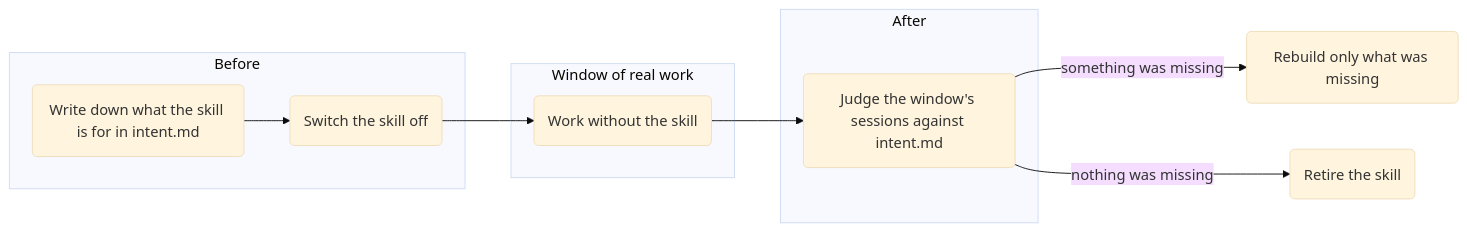
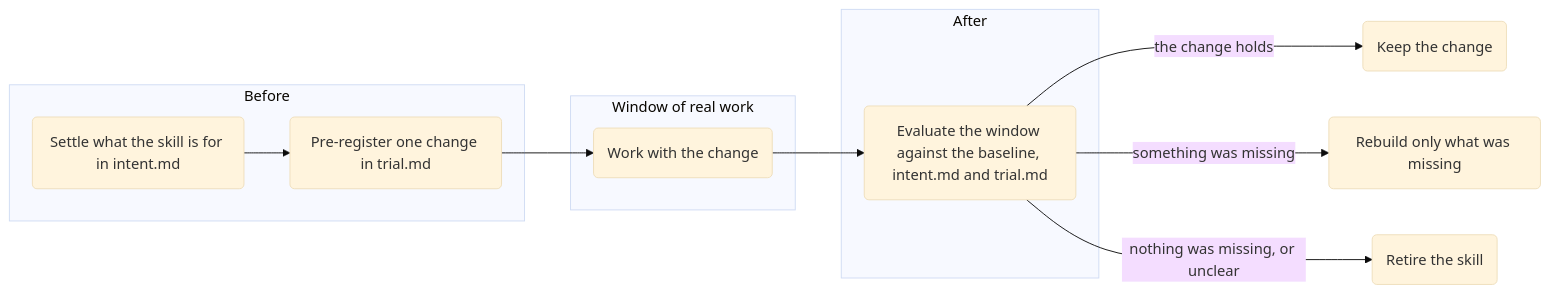
Before and after one commit to byMarcoVogt/skills: the diagram in earn-its-place/README.md, drawn with Mermaid (base theme). The commit also changed other lines of this file and 1 other file, not shown here.

First line of the commit message:
Earn its place v2.1: one ablation or variant per trial

````diff
--- a/earn-its-place/README.md
+++ b/earn-its-place/README.md
@@ -3,15 +3,16 @@
 ```mermaid
 flowchart LR
   subgraph Before
-    I(Write down what the skill is for in intent.md) --> O(Switch the skill off)
+    I(Settle what the skill is for in intent.md) --> P(Pre-register one change in trial.md)
   end
   subgraph Window["Window of real work"]
-    W(Work without the skill)
+    W(Work with the change)
   end
   subgraph After
-    J(Judge the window's sessions against intent.md)
+    J(Evaluate the window against the baseline, intent.md and trial.md)
   end
-  O --> W --> J
+  P --> W --> J
+  J -->|the change holds| K(Keep the change)
   J -->|something was missing| R(Rebuild only what was missing)
-  J -->|nothing was missing| X(Retire the skill)
+  J -->|nothing was missing, or unclear| X(Retire the skill)
 ```
````
